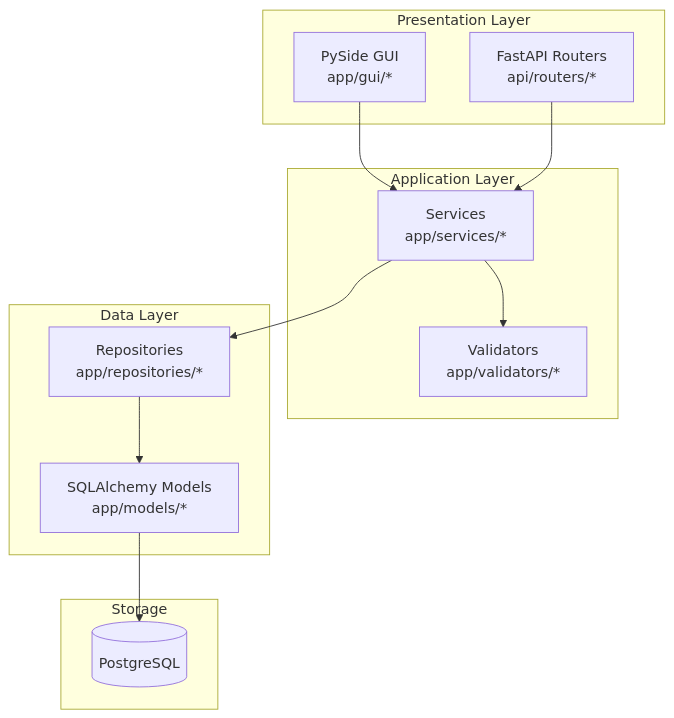
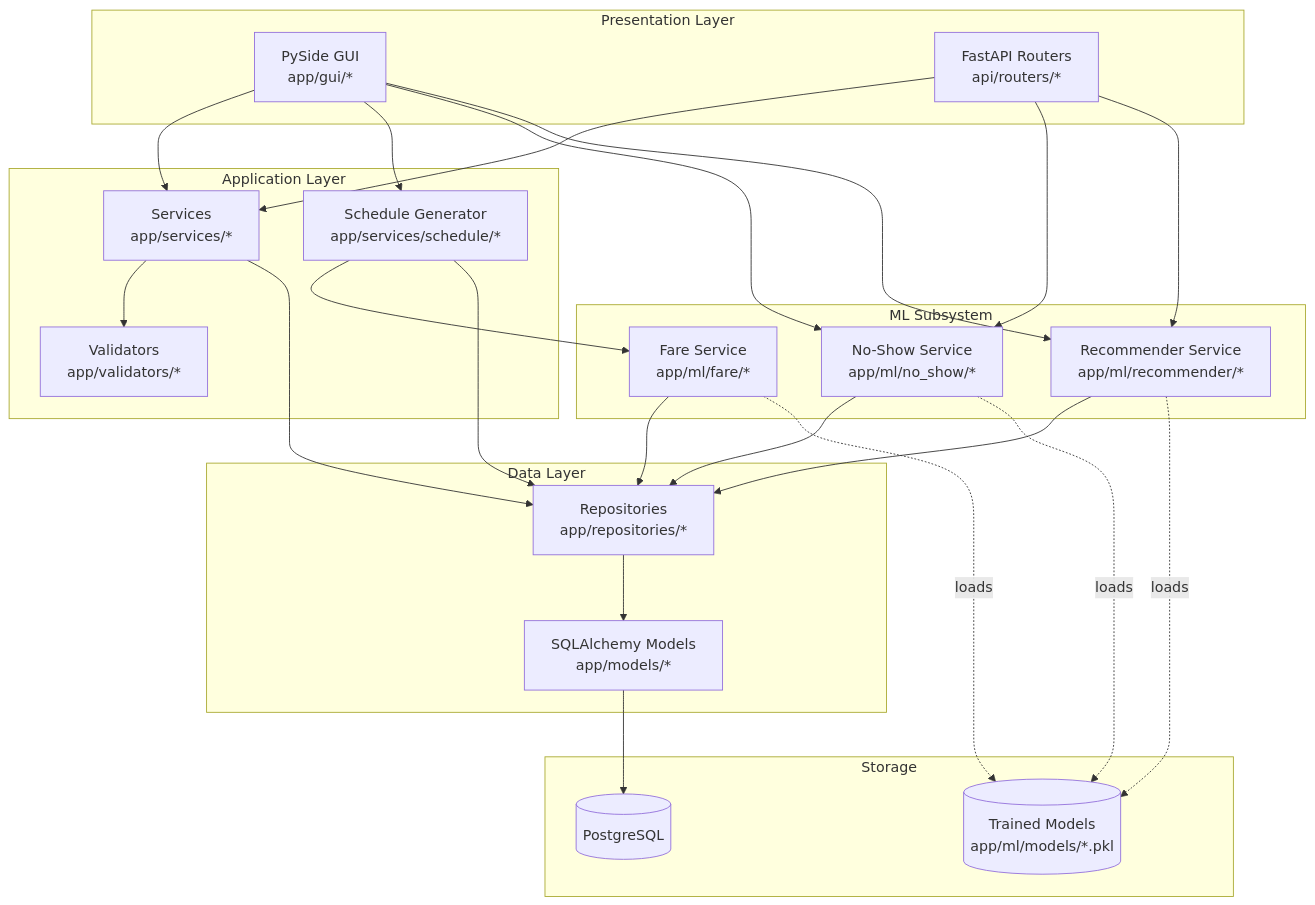
Before and after one commit to code-withrafi/airline-management-system: the diagram in docs/diagrams/2.layered-architecture.mmd, drawn with Mermaid. The commit also changed 13 other files, not shown here.

Commit message:
docs: update architecture, setup, and user guides

```diff
--- a/docs/diagrams/2.layered-architecture.mmd
+++ b/docs/diagrams/2.layered-architecture.mmd
@@ -1,26 +1,47 @@
 flowchart TB
     subgraph Presentation["Presentation Layer"]
         A1["PySide GUI<br/>app/gui/*"]
         A2["FastAPI Routers<br/>api/routers/*"]
     end
 
     subgraph App["Application Layer"]
         B1["Services<br/>app/services/*"]
-        B2["Validators<br/>app/validators/*"]
+        B2["Schedule Generator<br/>app/services/schedule/*"]
+        B3["Validators<br/>app/validators/*"]
+    end
+
+    subgraph ML["ML Subsystem"]
+        M1["No-Show Service<br/>app/ml/no_show/*"]
+        M2["Recommender Service<br/>app/ml/recommender/*"]
+        M3["Fare Service<br/>app/ml/fare/*"]
     end
 
     subgraph Data["Data Layer"]
         C1["Repositories<br/>app/repositories/*"]
         C2["SQLAlchemy Models<br/>app/models/*"]
     end
 
     subgraph Storage["Storage"]
         D1[("PostgreSQL")]
+        D2[("Trained Models<br/>app/ml/models/*.pkl")]
     end
 
     A1 --> B1
+    A1 --> B2
+    A1 --> M1
+    A1 --> M2
     A2 --> B1
-    B1 --> B2
+    A2 --> M1
+    A2 --> M2
+    B1 --> B3
     B1 --> C1
+    B2 --> M3
+    B2 --> C1
+    M1 --> C1
+    M2 --> C1
+    M3 --> C1
+    M1 -.->|loads| D2
+    M2 -.->|loads| D2
+    M3 -.->|loads| D2
     C1 --> C2
     C2 --> D1
```
